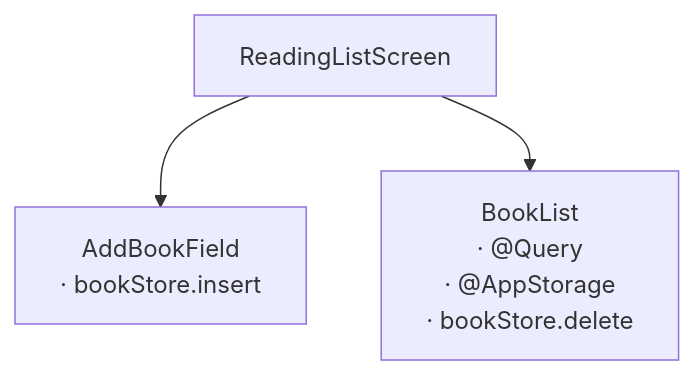
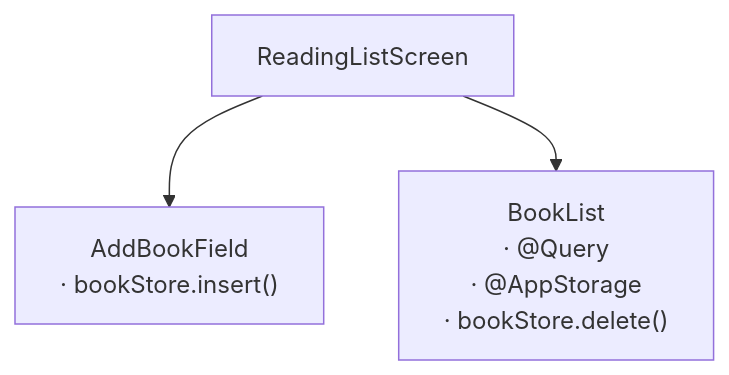
The diagram in hypermodular/scripts/fixtures/clean/ReadingListScreen/MAP.md (sisoje/hypermodular), drawn with Mermaid before and after one commit. The commit also changed 10 other files, not shown here.

````diff
--- a/hypermodular/scripts/fixtures/clean/ReadingListScreen/MAP.md
+++ b/hypermodular/scripts/fixtures/clean/ReadingListScreen/MAP.md
@@ -1,6 +1,6 @@
 ```mermaid
 %% Root: ReadingListScreen · Parent: App (../APP-MAP.md)
 flowchart TD
-    ReadingListScreen --> AddBookField["AddBookField<br/>· bookStore.insert"]
-    ReadingListScreen --> BookList["BookList<br/>· @Query<br/>· @AppStorage<br/>· bookStore.delete"]
+    ReadingListScreen --> AddBookField["AddBookField<br/>· bookStore.insert()"]
+    ReadingListScreen --> BookList["BookList<br/>· @Query<br/>· @AppStorage<br/>· bookStore.delete()"]
 ```
````
